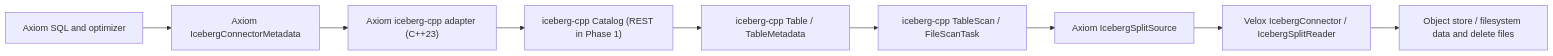
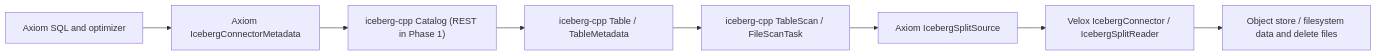
Before and after one commit to facebookincubator/axiom: the diagram in axiom/connectors/iceberg/RFC-Iceberg-Connector-v1.md, drawn with Mermaid. The commit also changed other lines of this file, not shown here.

First line of the commit message:
[Axiom] docs(iceberg): Drop the C++23 adapter from the RFC

````diff
--- a/axiom/connectors/iceberg/RFC-Iceberg-Connector-v1.md
+++ b/axiom/connectors/iceberg/RFC-Iceberg-Connector-v1.md
@@ -256,21 +267,19 @@
 ```mermaid
 graph LR
     SQL["Axiom SQL and optimizer"]
     Metadata["Axiom IcebergConnectorMetadata"]
-    Adapter["Axiom iceberg-cpp adapter (C++23)"]
     Catalog["iceberg-cpp Catalog (REST in Phase 1)"]
     Table["iceberg-cpp Table / TableMetadata"]
     Scan["iceberg-cpp TableScan / FileScanTask"]
     Splits["Axiom IcebergSplitSource"]
     Velox["Velox IcebergConnector / IcebergSplitReader"]
     Files["Object store / filesystem data and delete files"]
 
     SQL --> Metadata
-    Metadata --> Adapter
-    Adapter --> Catalog
+    Metadata --> Catalog
     Catalog --> Table
     Table --> Scan
     Scan --> Splits
     Splits --> Velox
     Velox --> Files
 ```
````
